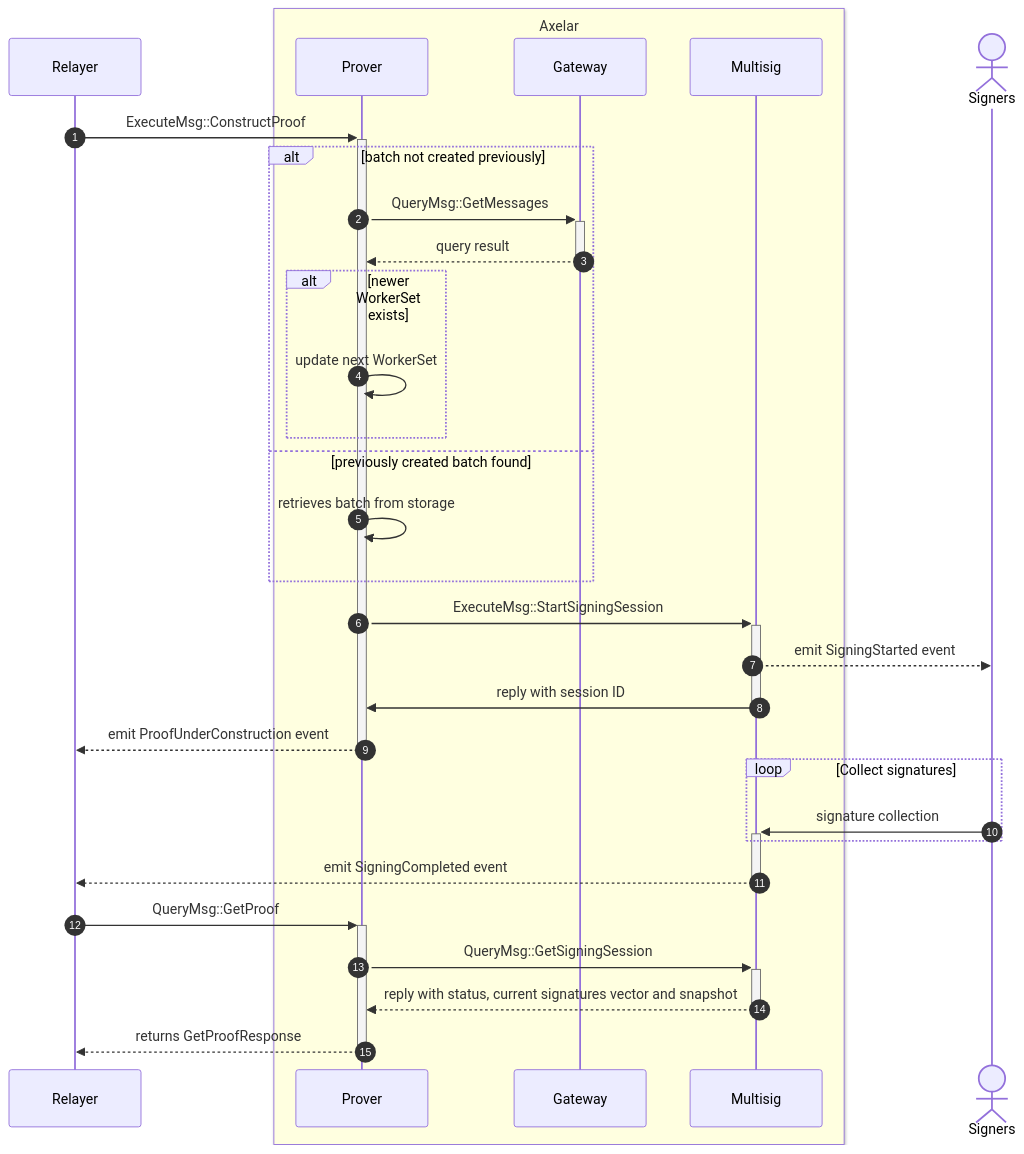
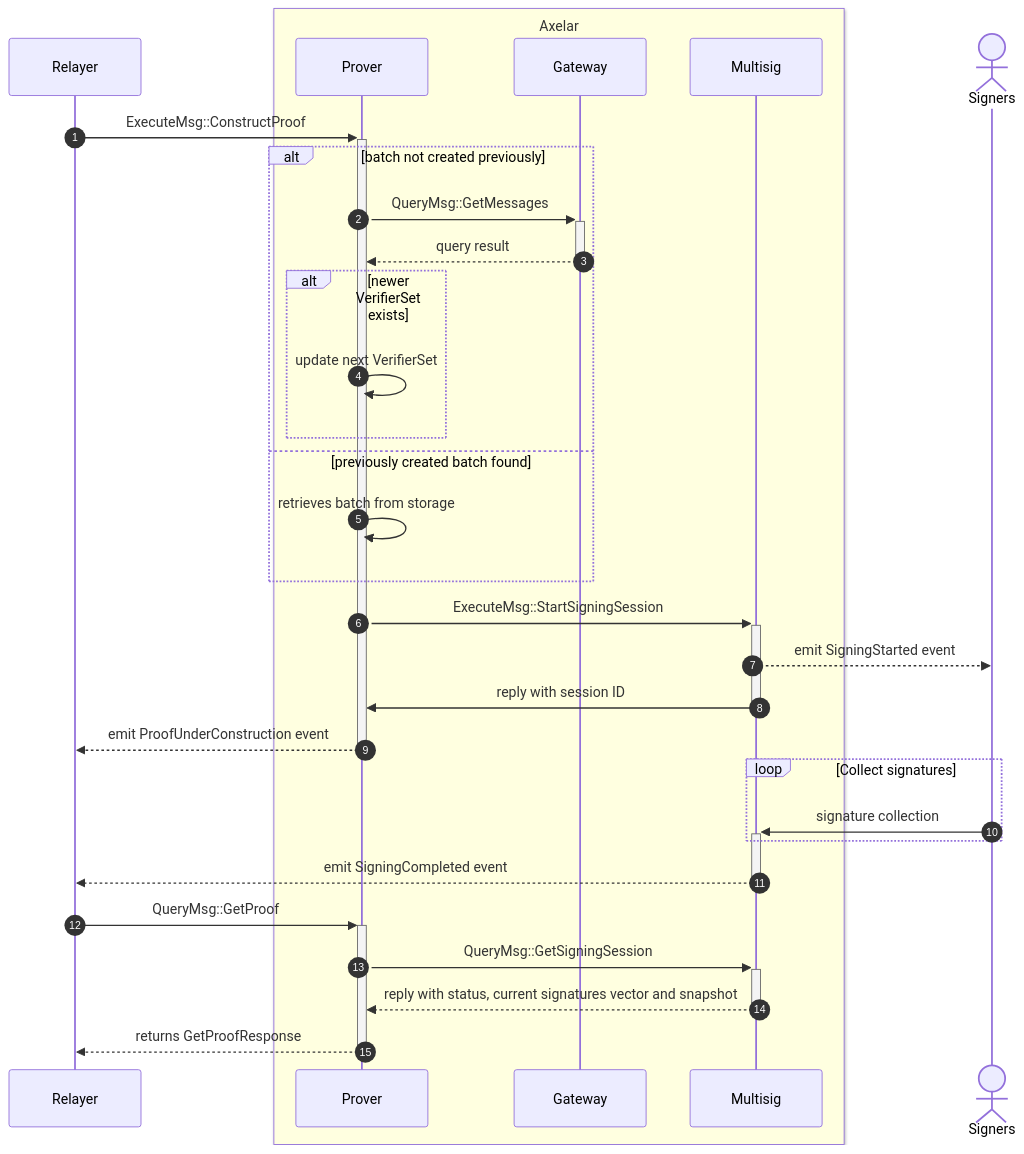
One commit to axelarnetwork/axelar-amplifier changed the second of 4 diagrams in doc/src/contracts/multisig_prover.md. Above: the diagram before and after it, drawn with Mermaid. The commit also changed other lines of this file and 7 other files, not shown here.

Commit message:
rename worker to verifier

````diff
--- a/doc/src/contracts/multisig_prover.md
+++ b/doc/src/contracts/multisig_prover.md
@@ -78,35 +87,35 @@
 ```mermaid
 sequenceDiagram
 autonumber
 participant Relayer
 box LightYellow Axelar
 participant Prover
 participant Gateway
 participant Multisig
 end
 actor Signers
 
 Relayer->>+Prover: ExecuteMsg::ConstructProof
 alt batch not created previously
   Prover->>+Gateway: QueryMsg::GetMessages
   Gateway-->>-Prover: query result
-  alt newer WorkerSet exists
-    Prover->>Prover: update next WorkerSet
+  alt newer VerifierSet exists
+    Prover->>Prover: update next VerifierSet
   end
 else previously created batch found
   Prover->>Prover: retrieves batch from storage
 end
 Prover->>+Multisig: ExecuteMsg::StartSigningSession
 Multisig-->>Signers: emit SigningStarted event
 Multisig->>-Prover: reply with session ID
 Prover-->>Relayer: emit ProofUnderConstruction event
 deactivate Prover
 loop Collect signatures
 	Signers->>+Multisig: signature collection
 end
 Multisig-->>-Relayer: emit SigningCompleted event
 Relayer->>+Prover: QueryMsg::GetProof
 Prover->>+Multisig: QueryMsg::GetSigningSession
 Multisig-->>-Prover: reply with status, current signatures vector and snapshot
 Prover-->>-Relayer: returns GetProofResponse
 ```
````
